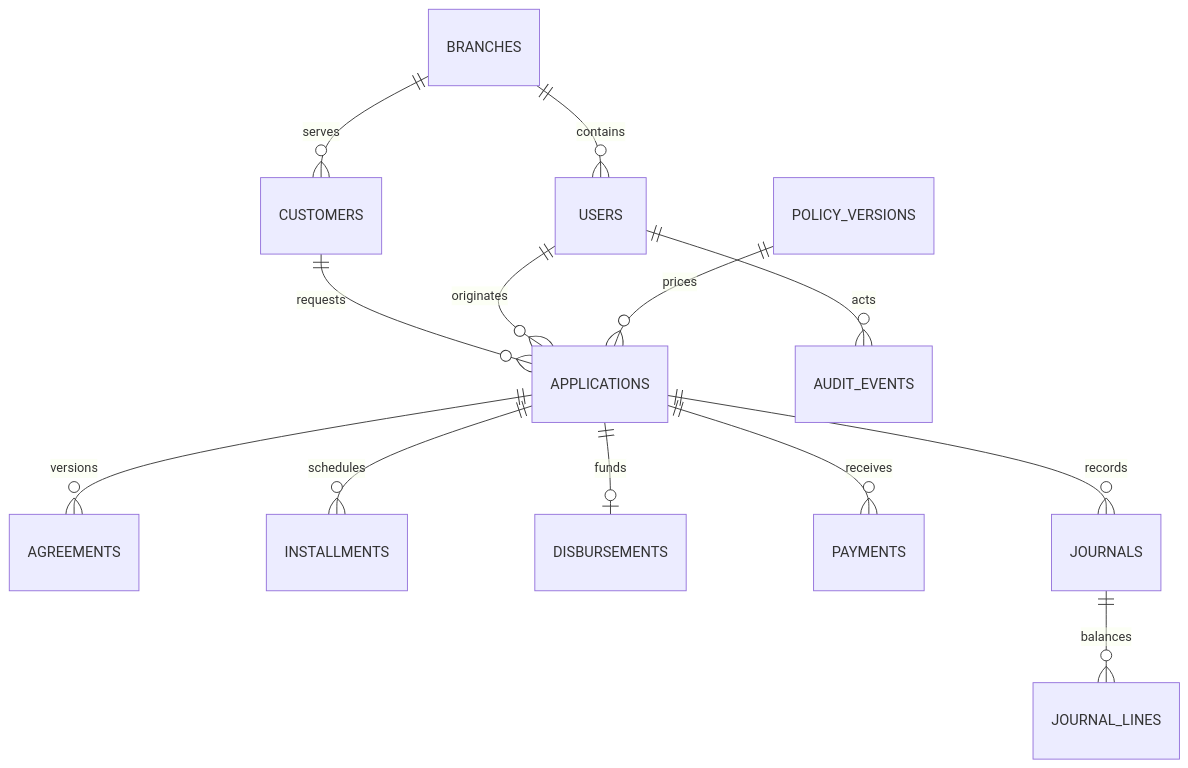
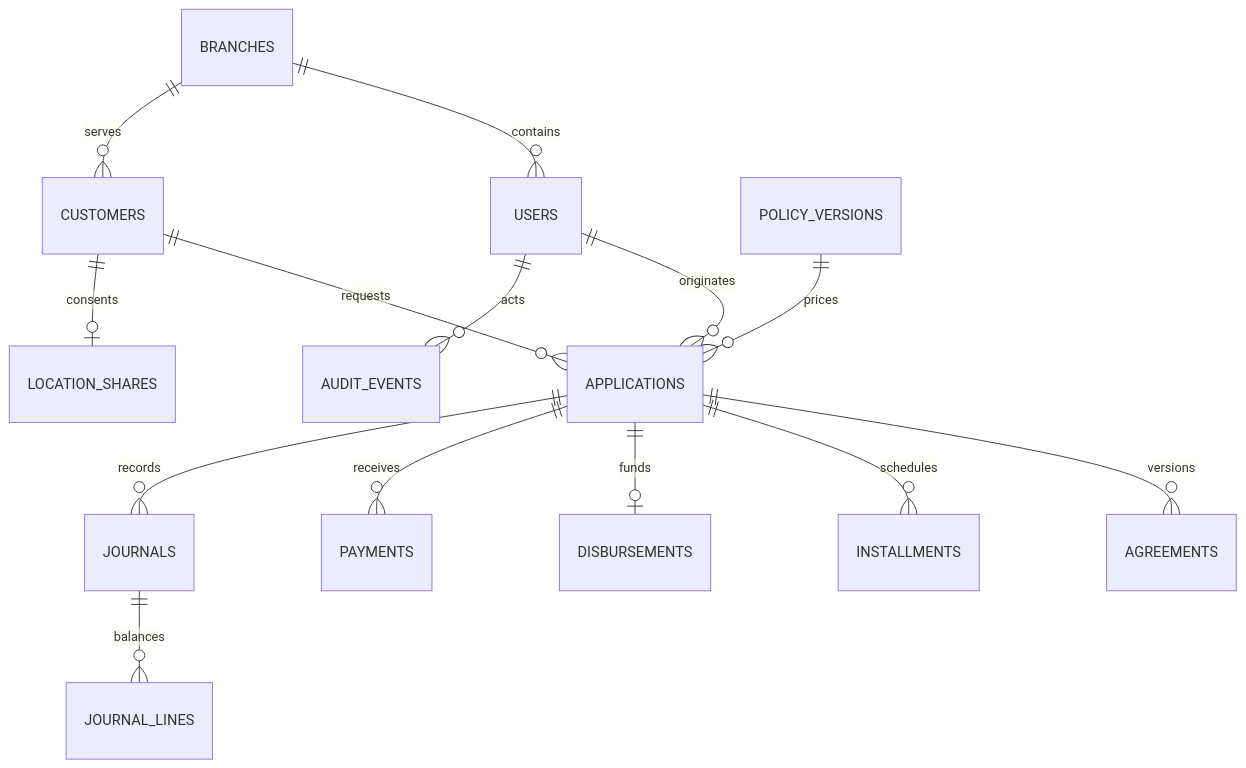
One commit to lrmcorp/ln changed the second of 3 diagrams in docs/phase1.md. Above: the diagram before and after it, drawn with Mermaid. The commit also changed other lines of this file and 26 other files, not shown here.

````diff
--- a/docs/phase1.md
+++ b/docs/phase1.md
@@ -24,15 +24,16 @@
 ```mermaid
 erDiagram
   BRANCHES ||--o{ USERS : contains
   BRANCHES ||--o{ CUSTOMERS : serves
   CUSTOMERS ||--o{ APPLICATIONS : requests
+  CUSTOMERS ||--o| LOCATION_SHARES : consents
   USERS ||--o{ APPLICATIONS : originates
   POLICY_VERSIONS ||--o{ APPLICATIONS : prices
   APPLICATIONS ||--o{ AGREEMENTS : versions
   APPLICATIONS ||--o{ INSTALLMENTS : schedules
   APPLICATIONS ||--o| DISBURSEMENTS : funds
   APPLICATIONS ||--o{ PAYMENTS : receives
   APPLICATIONS ||--o{ JOURNALS : records
   JOURNALS ||--o{ JOURNAL_LINES : balances
   USERS ||--o{ AUDIT_EVENTS : acts
 ```
````
